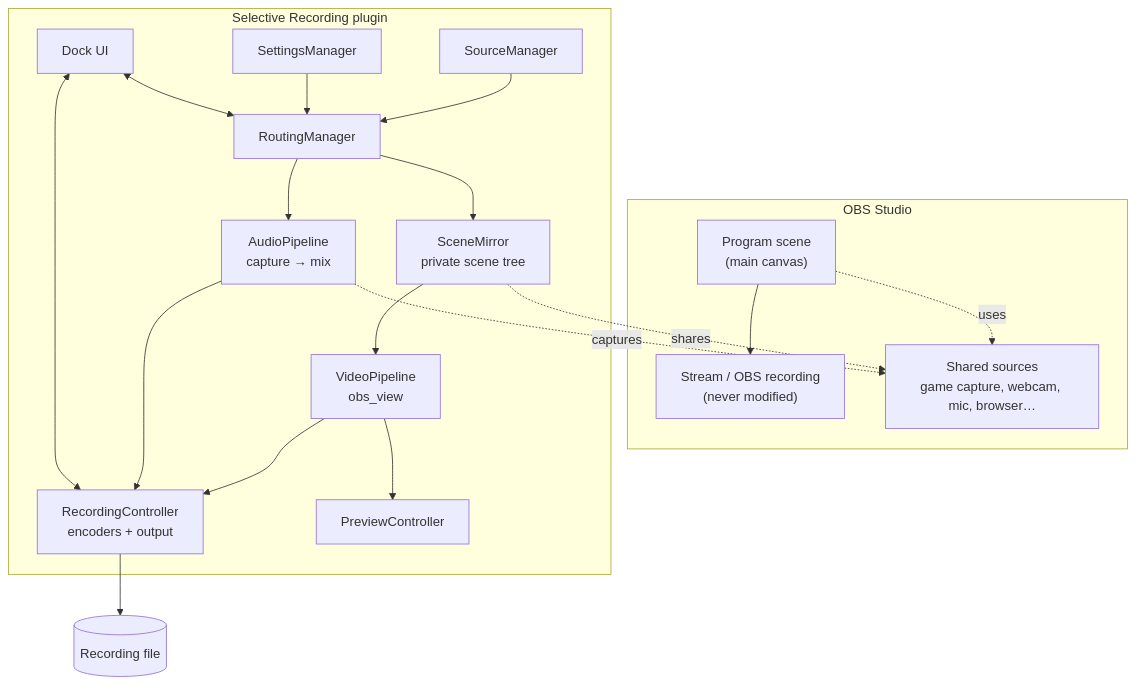
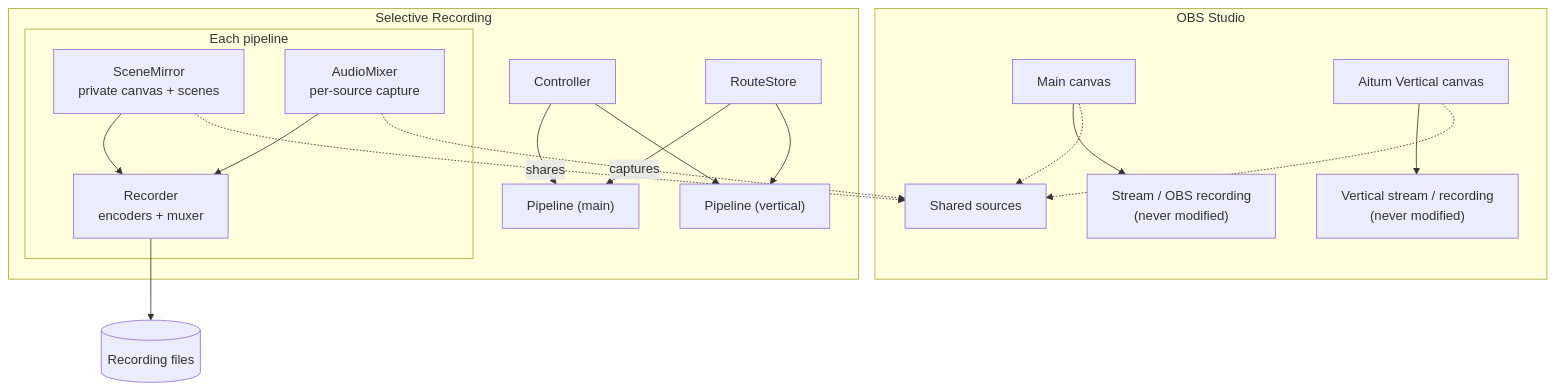
Before and after one commit to Aragami-Korosu/obs-selective-recording: the first of 3 diagrams in docs/ARCHITECTURE.md, drawn with Mermaid. The commit also changed other lines of this file and 22 other files, not shown here.

````diff
--- a/docs/ARCHITECTURE.md
+++ b/docs/ARCHITECTURE.md
@@ -9,25 +7,24 @@
 ```mermaid
 flowchart TB
     subgraph OBS["OBS Studio"]
-        LIVE["Program scene<br/>(main canvas)"] --> STREAM["Stream / OBS recording<br/>(never modified)"]
-        SRC["Shared sources<br/>game capture, webcam, mic, browser…"]
-        LIVE -.uses.-> SRC
+        MAIN["Main canvas"] --> STREAM1["Stream / OBS recording<br/>(never modified)"]
+        VERT["Aitum Vertical canvas"] --> STREAM2["Vertical stream / recording<br/>(never modified)"]
+        SRC["Shared sources"]
+        MAIN -.-> SRC
+        VERT -.-> SRC
     end
 
-    subgraph PLUGIN["Selective Recording plugin"]
-        SM["SourceManager"] --> RM["RoutingManager"]
-        RM --> MIRROR["SceneMirror<br/>private scene tree"]
-        RM --> AP["AudioPipeline<br/>capture → mix"]
-        MIRROR -.shares.-> SRC
-        AP -.captures.-> SRC
-        MIRROR --> VP["VideoPipeline<br/>obs_view"]
-        VP --> REC["RecordingController<br/>encoders + output"]
-        AP --> REC
-        VP --> PREV["PreviewController"]
-        SET["SettingsManager"] --> RM
-        DOCK["Dock UI"] <--> RM
-        DOCK <--> REC
+    subgraph PLUGIN["Selective Recording"]
+        CTRL["Controller"] --> PM["Pipeline (main)"]
+        CTRL --> PV["Pipeline (vertical)"]
+        RS["RouteStore"] --> PM & PV
+        subgraph PIPE["Each pipeline"]
+            MIRROR["SceneMirror<br/>private canvas + scenes"] --> REC["Recorder<br/>encoders + muxer"]
+            MIX["AudioMixer<br/>per-source capture"] --> REC
+        end
     end
 
-    REC --> FILE[("Recording file")]
+    MIRROR -.shares.-> SRC
+    MIX -.captures.-> SRC
+    REC --> FILE[("Recording files")]
 ```
````
